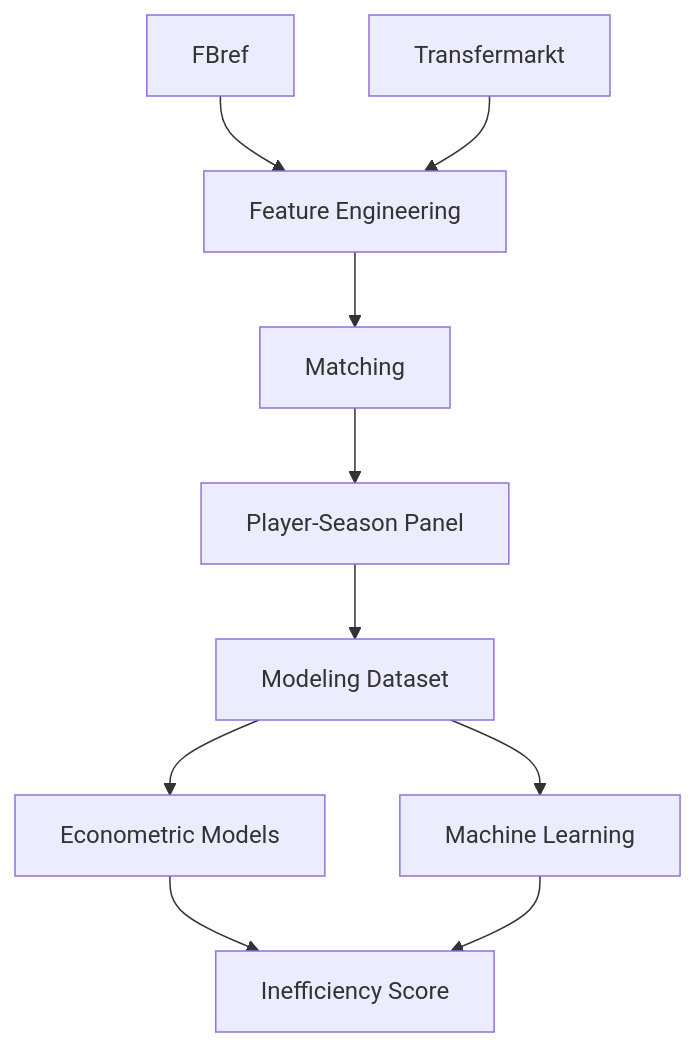
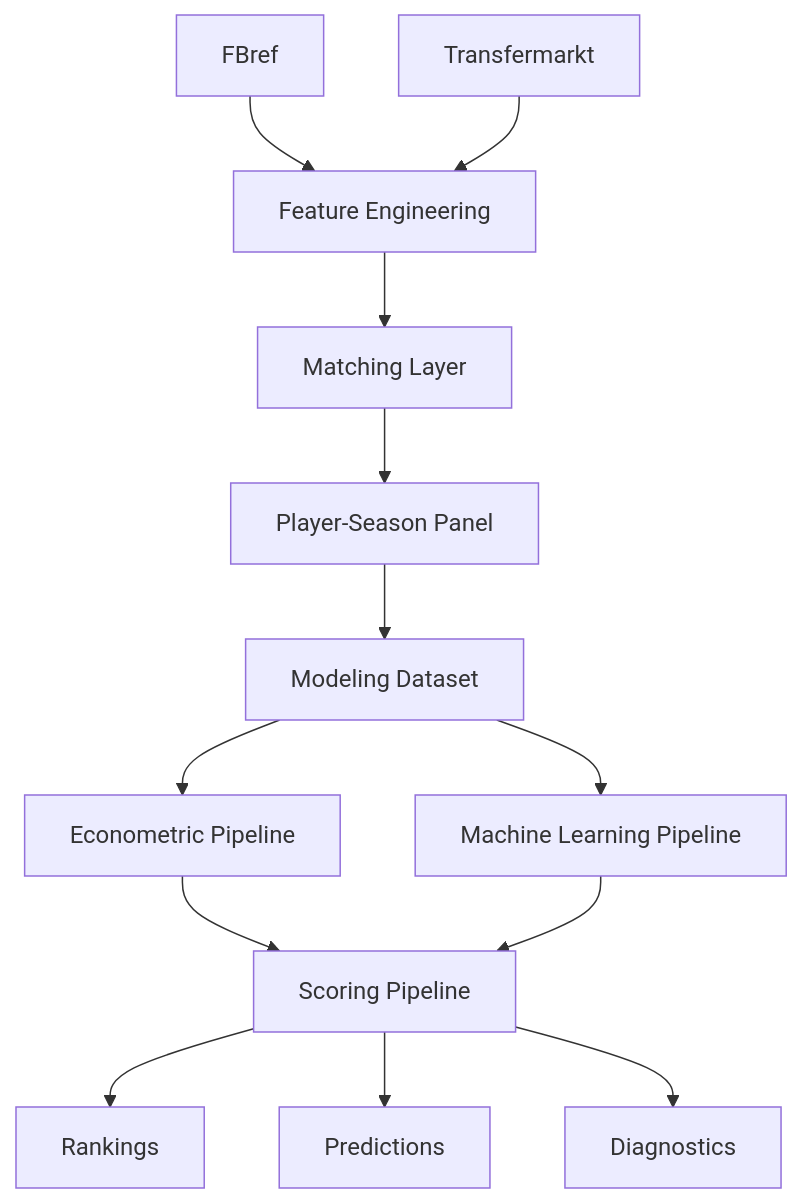
One commit to manuelpeba/market-value-football-tfm changed the first of 2 diagrams in docs/data_dictionary.md. Above: the diagram before and after it, drawn with Mermaid. The commit also changed other lines of this file and 10 other files, not shown here.

Commit message:
docs: redesign technical documentation for modular analytics architecture

````diff
--- a/docs/data_dictionary.md
+++ b/docs/data_dictionary.md
@@ -75,19 +79,22 @@
 ```mermaid
 flowchart TD
 
-A[FBref] --> C[Feature Engineering]
-B[Transfermarkt] --> C
+A[FBref] --> B[Feature Engineering]
+C[Transfermarkt] --> B
 
-C --> D[Matching]
+B --> D[Matching Layer]
 
 D --> E[Player-Season Panel]
 
 E --> F[Modeling Dataset]
 
-F --> G[Econometric Models]
+F --> G[Econometric Pipeline]
+F --> H[Machine Learning Pipeline]
 
-F --> H[Machine Learning]
+G --> I[Scoring Pipeline]
+H --> I
 
-G --> I[Inefficiency Score]
-H --> I
+I --> J[Rankings]
+I --> K[Predictions]
+I --> L[Diagnostics]
 ```
````
